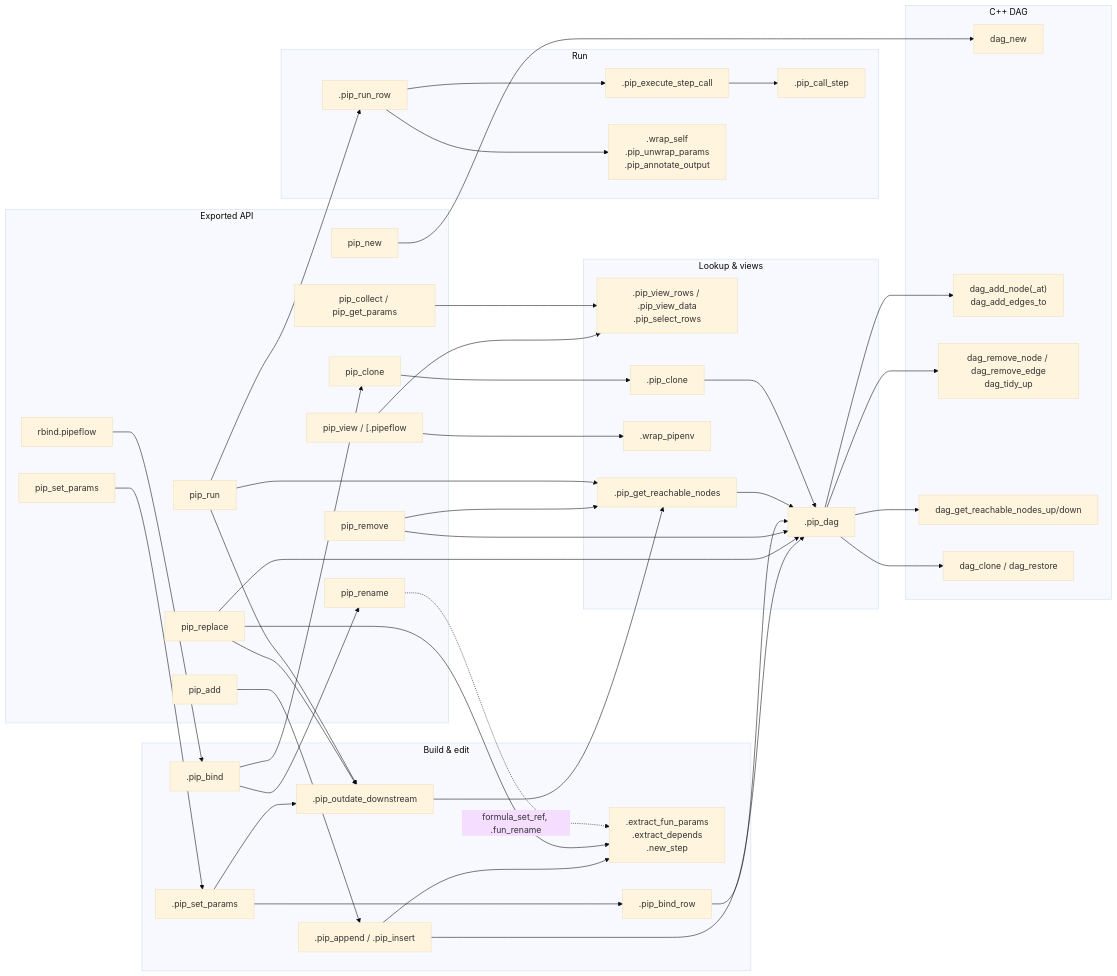
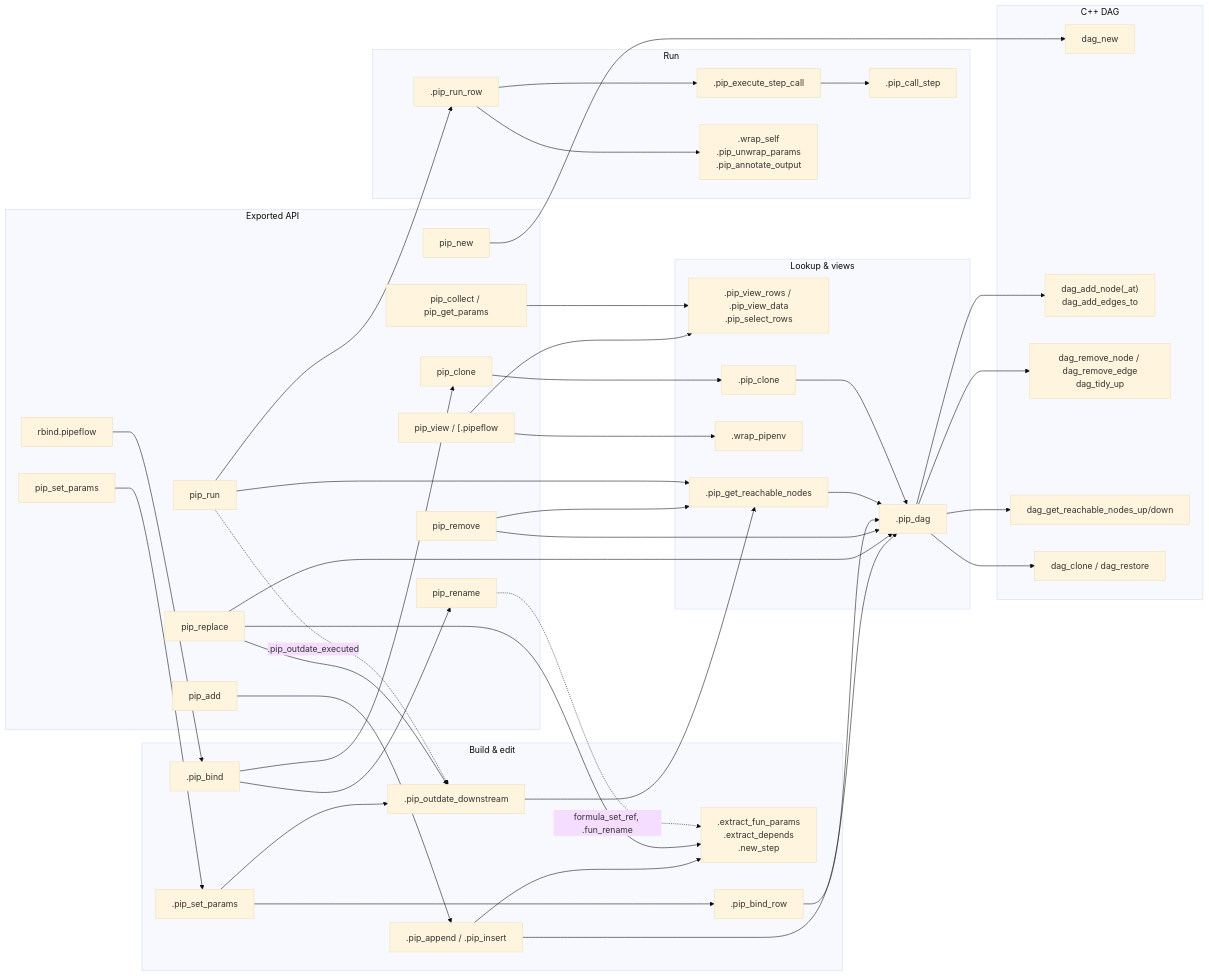
Before and after one commit to rpahl/pipeflow: the third of 8 diagrams in dev/pipeflow.md, drawn with Mermaid (base theme). The commit also changed other lines of this file and 2 other files, not shown here.

First line of the commit message:
refactor: split pip_run() into helpers

````diff
--- a/dev/pipeflow.md
+++ b/dev/pipeflow.md
@@ -215,74 +215,74 @@
 ```mermaid
 flowchart LR
     subgraph API["Exported API"]
         new["pip_new"]
         add["pip_add"]
         rep["pip_replace"]
         rem["pip_remove"]
         ren["pip_rename"]
         set["pip_set_params"]
         rbd["rbind.pipeflow"]
         run["pip_run"]
         view["pip_view / [.pipeflow"]
         cln["pip_clone"]
         get["pip_collect / pip_get_params"]
     end
 
     subgraph Build["Build & edit"]
         app[".pip_append / .pip_insert"]
         par[".extract_fun_params<br/>.extract_depends<br/>.new_step"]
         bnd[".pip_bind"]
         sp[".pip_set_params"]
         br[".pip_bind_row"]
         out[".pip_outdate_downstream"]
     end
 
     subgraph Run["Run"]
         rr[".pip_run_row"]
         ex[".pip_execute_step_call"]
         cs[".pip_call_step"]
         hooks[".wrap_self<br/>.pip_unwrap_params<br/>.pip_annotate_output"]
     end
 
     subgraph Access["Lookup & views"]
         vr[".pip_view_rows / .pip_view_data<br/>.pip_select_rows"]
         reach[".pip_get_reachable_nodes"]
         wrap[".wrap_pipenv"]
         pcl[".pip_clone"]
         dag[".pip_dag"]
     end
 
     subgraph Cpp["C++ DAG"]
         dnew["dag_new"]
         dadd["dag_add_node(_at)<br/>dag_add_edges_to"]
         drem["dag_remove_node / dag_remove_edge<br/>dag_tidy_up"]
         dreach["dag_get_reachable_nodes_up/down"]
         dcl["dag_clone / dag_restore"]
     end
 
     new --> dnew
     add --> app --> par
     app --> dag
     rep --> par
     rep --> out
     rep --> dag
     rem --> reach
     rem --> dag
     ren -. "formula_set_ref, .fun_rename" .-> par
     set --> sp --> br --> dag
     sp --> out --> reach --> dag
     rbd --> bnd --> cln
     bnd --> ren
     run --> rr --> ex --> cs
     rr --> hooks
     run --> reach
-    run --> out
+    run -. ".pip_outdate_executed" .-> out
     view --> vr
     view --> wrap
     cln --> pcl --> dag
     get --> vr
     dag --> dadd
     dag --> drem
     dag --> dreach
     dag --> dcl
 ```
````
